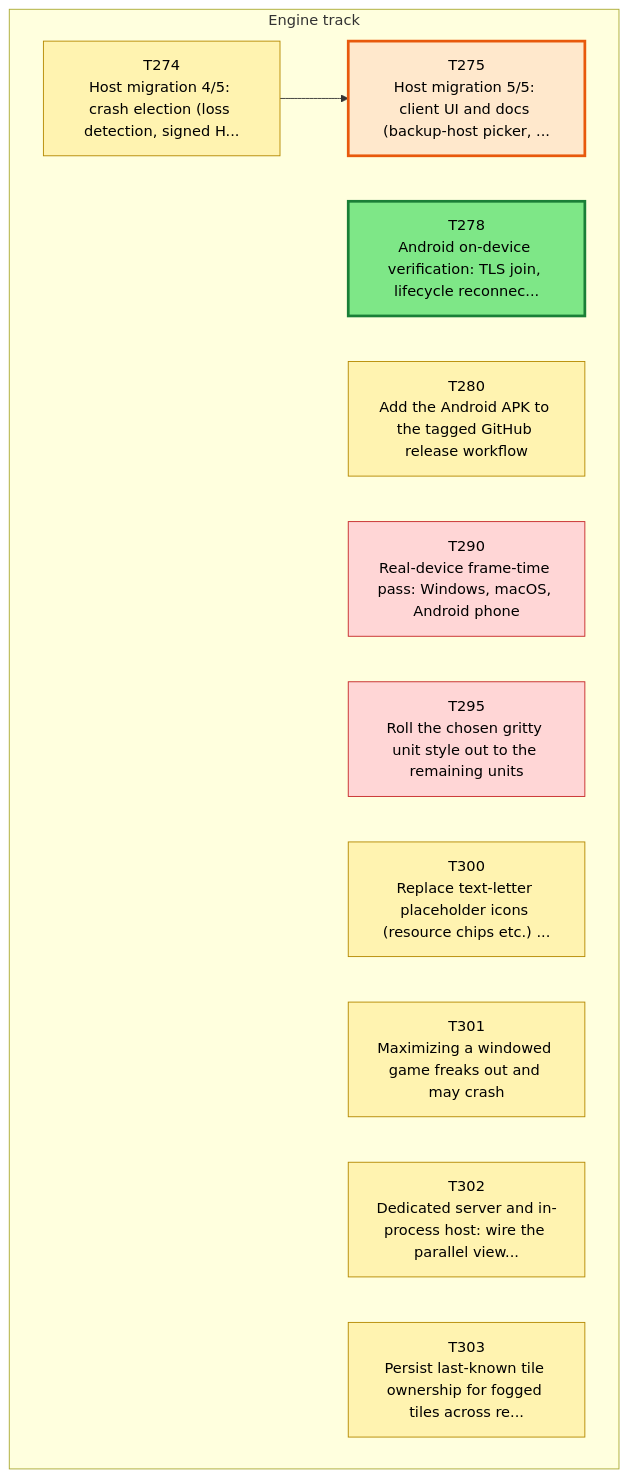
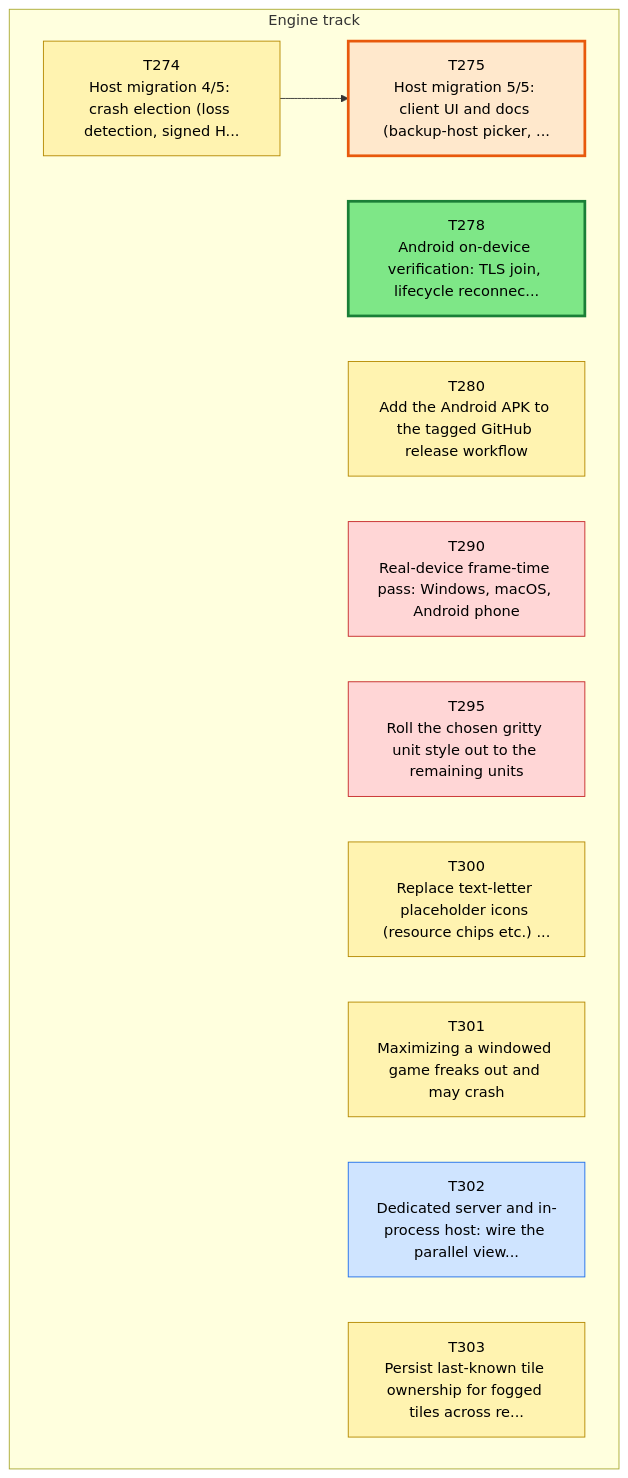
One commit to Kenmura/Unciv changed the first of 3 diagrams in csharp/migration/DEPENDENCY_MAP.md. Above: the diagram before and after it, drawn with Mermaid. The commit also changed other lines of this file and 9 other files, not shown here.

````diff
--- a/csharp/migration/DEPENDENCY_MAP.md
+++ b/csharp/migration/DEPENDENCY_MAP.md
@@ -35,33 +35,33 @@
 ```mermaid
 flowchart TD
   subgraph TTRACK["Engine track"]
     T274["T274<br/>Host migration 4/5: crash election (loss detection, signed H..."]
     T275["T275<br/>Host migration 5/5: client UI and docs (backup-host picker, ..."]
     T278["T278<br/>Android on-device verification: TLS join, lifecycle reconnec..."]
     T280["T280<br/>Add the Android APK to the tagged GitHub release workflow"]
     T290["T290<br/>Real-device frame-time pass: Windows, macOS, Android phone"]
     T295["T295<br/>Roll the chosen gritty unit style out to the remaining units"]
     T300["T300<br/>Replace text-letter placeholder icons (resource chips etc.) ..."]
     T301["T301<br/>Maximizing a windowed game freaks out and may crash"]
     T302["T302<br/>Dedicated server and in-process host: wire the parallel view..."]
     T303["T303<br/>Persist last-known tile ownership for fogged tiles across re..."]
   end
   T274 --> T275
   classDef waiting fill:#f3faf3,stroke:#9bc49b,color:#555,stroke-dasharray:2 2
   classDef ondeck fill:#ffe8cc,stroke:#e8590c,stroke-width:3px,color:#000
   classDef ready fill:#7ee787,stroke:#1a7f37,stroke-width:3px,color:#000
   classDef prog fill:#fff3b0,stroke:#b58900,color:#000
   classDef review fill:#cfe4ff,stroke:#1f6feb,color:#000
   classDef blocked fill:#ffd6d6,stroke:#c62828,color:#000
   classDef done fill:#eeeeee,stroke:#999999,color:#666,stroke-dasharray:4 3
   class T274 prog
   class T275 ondeck
   class T278 ready
   class T280 prog
   class T290 blocked
   class T295 blocked
   class T300 prog
   class T301 prog
-  class T302 prog
+  class T302 review
   class T303 prog
 ```
````
